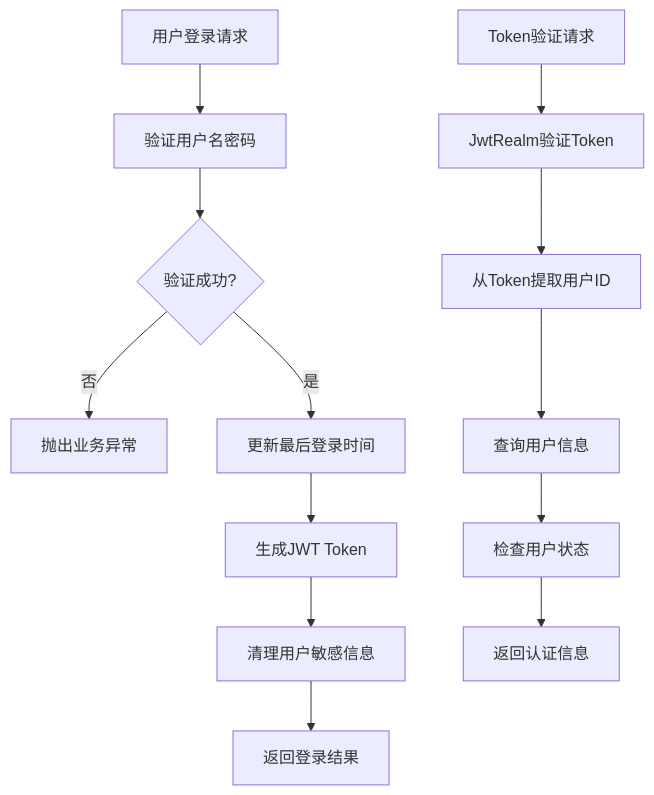
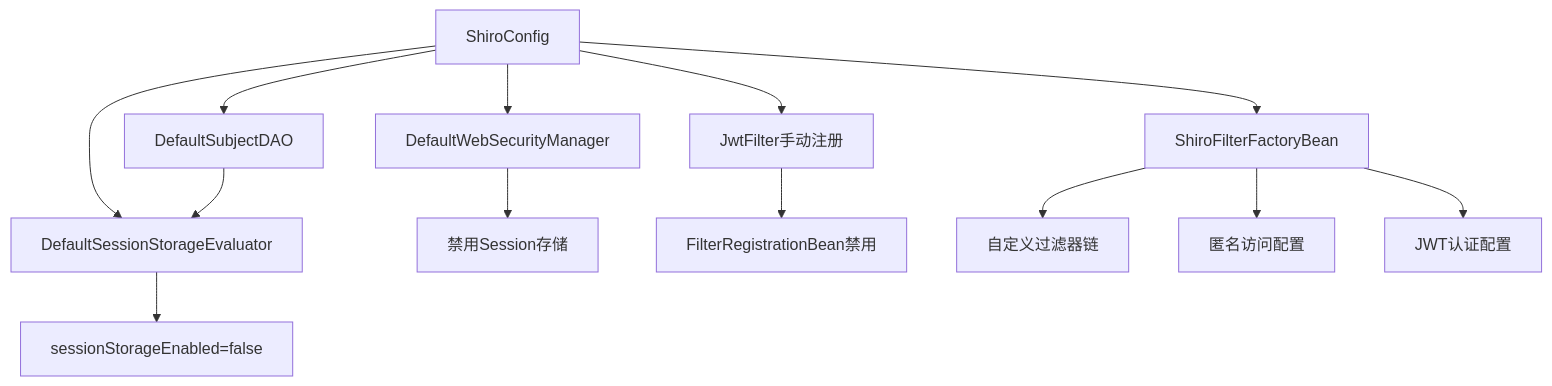
Before and after one commit to 20164206160/zhishilu: the fourth of 6 diagrams in .qoder/repowiki/zh/content/安全认证系统/JWT认证机制.md, drawn with Mermaid. The commit also changed other lines of this file and 28 other files, not shown here.

````diff
--- a/.qoder/repowiki/zh/content/安全认证系统/JWT认证机制.md
+++ b/.qoder/repowiki/zh/content/安全认证系统/JWT认证机制.md
@@ -251,15 +281,15 @@
 ```mermaid
-flowchart TD
-A[用户登录请求] --> B[验证用户名密码]
-B --> C{验证成功?}
-C --> |否| D[抛出业务异常]
-C --> |是| E[更新最后登录时间]
-E --> F[生成JWT Token]
-F --> G[清理用户敏感信息]
-G --> H[返回登录结果]
-I[Token验证请求] --> J[JwtRealm验证Token]
-J --> K[从Token提取用户ID]
-K --> L[查询用户信息]
-L --> M[检查用户状态]
-M --> N[返回认证信息]
+graph TB
+A[ShiroConfig] --> B[DefaultWebSecurityManager]
+A --> C[DefaultSubjectDAO]
+A --> D[DefaultSessionStorageEvaluator]
+A --> E[JwtFilter手动注册]
+A --> F[ShiroFilterFactoryBean]
+B --> G[禁用Session存储]
+C --> D
+D --> H[sessionStorageEnabled=false]
+E --> I[FilterRegistrationBean禁用]
+F --> J[自定义过滤器链]
+F --> K[匿名访问配置]
+F --> L[JWT认证配置]
 ```
````
